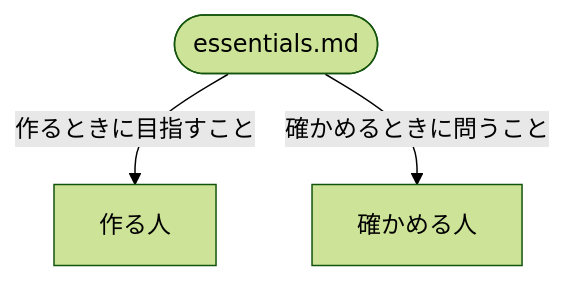
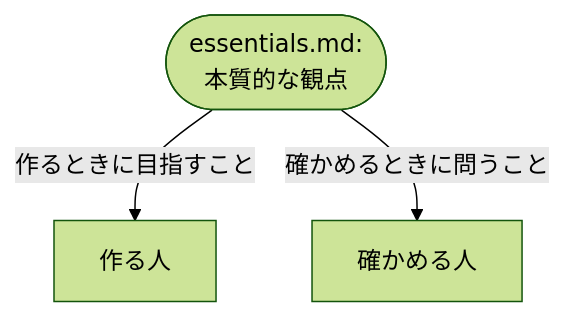
Before and after one commit to lovaizu/ccpm: the first of 5 diagrams in rn/docs/design.md, drawn with Mermaid (forest theme).

Commit message:
docs(rn): design.md — the essentials node says what the file is

````diff
--- a/rn/docs/design.md
+++ b/rn/docs/design.md
@@ -13,8 +13,8 @@
 ```mermaid
 flowchart TD
-    E(["essentials.md"])
+    E(["essentials.md:<br/>本質的な観点"])
     M["作る人"]
     V["確かめる人"]
     E -->|"作るときに目指すこと"| M
     E -->|"確かめるときに問うこと"| V
 ```
````
